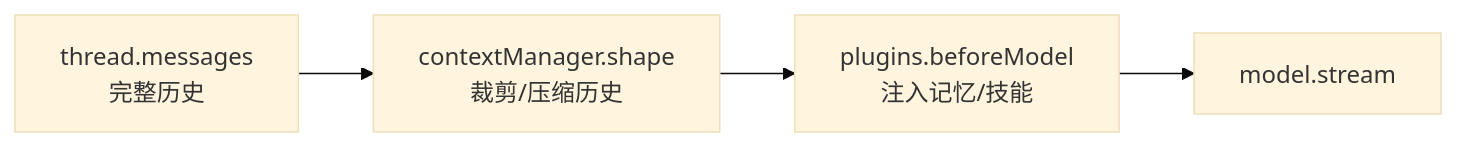
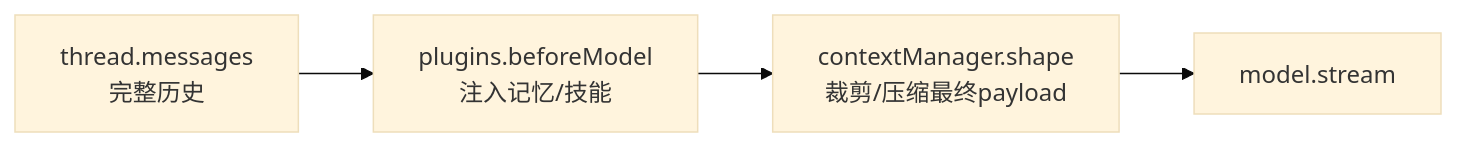
The diagram in docs/architecture/runtime/context-manager.md (Chengchcc/my-agent-team), drawn with Mermaid (base theme) before and after one commit. The commit also changed other lines of this file, not shown here.

Commit message:
docs(docs): update context-manager for M22 shape order fix and structured summary

````diff
--- a/docs/architecture/runtime/context-manager.md
+++ b/docs/architecture/runtime/context-manager.md
@@ -51,6 +51,6 @@
 ```mermaid
 flowchart LR
-  T[thread.messages<br/>完整历史] --> S[contextManager.shape<br/>裁剪/压缩历史]
-  S --> B[plugins.beforeModel<br/>注入记忆/技能]
-  B --> M[model.stream]
+  T[thread.messages<br/>完整历史] --> B[plugins.beforeModel<br/>注入记忆/技能]
+  B --> S[contextManager.shape<br/>裁剪/压缩最终payload]
+  S --> M[model.stream]
 ```
````
